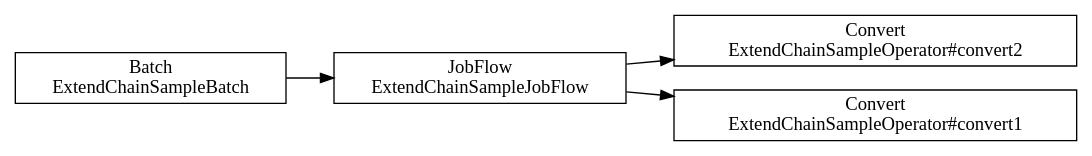
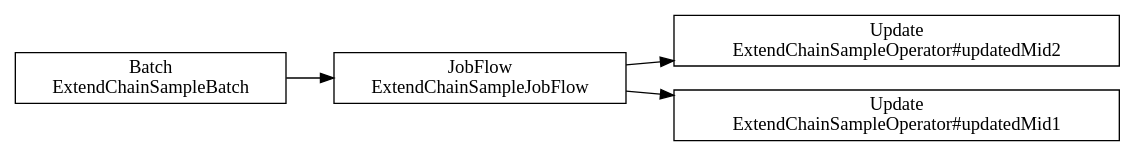
One commit to ironpeace/AsakusaExtendChainSample changed the diagram in target/batchc/ecsBatch/opt/dsl-analysis/batch/original-merged-structure.dot. Above: the diagram before and after it, drawn with Graphviz. The commit also changed 34 other files, not shown here.

```diff
--- a/target/batchc/ecsBatch/opt/dsl-analysis/batch/original-merged-structure.dot
+++ b/target/batchc/ecsBatch/opt/dsl-analysis/batch/original-merged-structure.dot
@@ -1,10 +1,10 @@
 digraph {
     rankdir = LR;
-    "e75bed49-340d-417d-9d2f-064a5a05f96b" [shape=box, label="Batch\nExtendChainSampleBatch"];
-    "bb0aafe6-0dfc-40ee-a8d6-b66290505eb8" [shape=box, label="JobFlow\nExtendChainSampleJobFlow"];
-    "65db9e4b-b5a1-4391-9171-bdc2553393d0" [shape=box, label="Convert\nExtendChainSampleOperator#convert2"];
-    "bb0aafe6-0dfc-40ee-a8d6-b66290505eb8" -> "65db9e4b-b5a1-4391-9171-bdc2553393d0";
-    "7fc332e0-102d-4f41-8381-214b251e3c99" [shape=box, label="Convert\nExtendChainSampleOperator#convert1"];
-    "bb0aafe6-0dfc-40ee-a8d6-b66290505eb8" -> "7fc332e0-102d-4f41-8381-214b251e3c99";
-    "e75bed49-340d-417d-9d2f-064a5a05f96b" -> "bb0aafe6-0dfc-40ee-a8d6-b66290505eb8";
+    "147cdd84-a3af-4dbb-a14b-4918cf5f7067" [shape=box, label="Batch\nExtendChainSampleBatch"];
+    "d51a101c-1a0b-4cb0-9530-53ce10187625" [shape=box, label="JobFlow\nExtendChainSampleJobFlow"];
+    "25c8775b-070d-4065-95b2-171ff8552d40" [shape=box, label="Update\nExtendChainSampleOperator#updatedMid2"];
+    "d51a101c-1a0b-4cb0-9530-53ce10187625" -> "25c8775b-070d-4065-95b2-171ff8552d40";
+    "58ceed35-d4af-478d-998f-d2c5e1d05c87" [shape=box, label="Update\nExtendChainSampleOperator#updatedMid1"];
+    "d51a101c-1a0b-4cb0-9530-53ce10187625" -> "58ceed35-d4af-478d-998f-d2c5e1d05c87";
+    "147cdd84-a3af-4dbb-a14b-4918cf5f7067" -> "d51a101c-1a0b-4cb0-9530-53ce10187625";
 }
```
